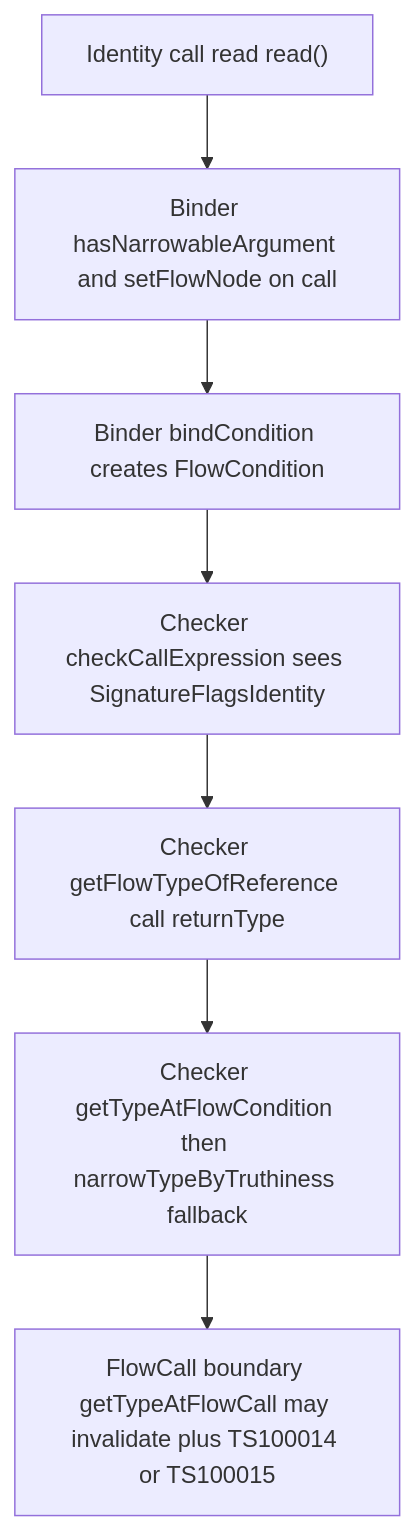
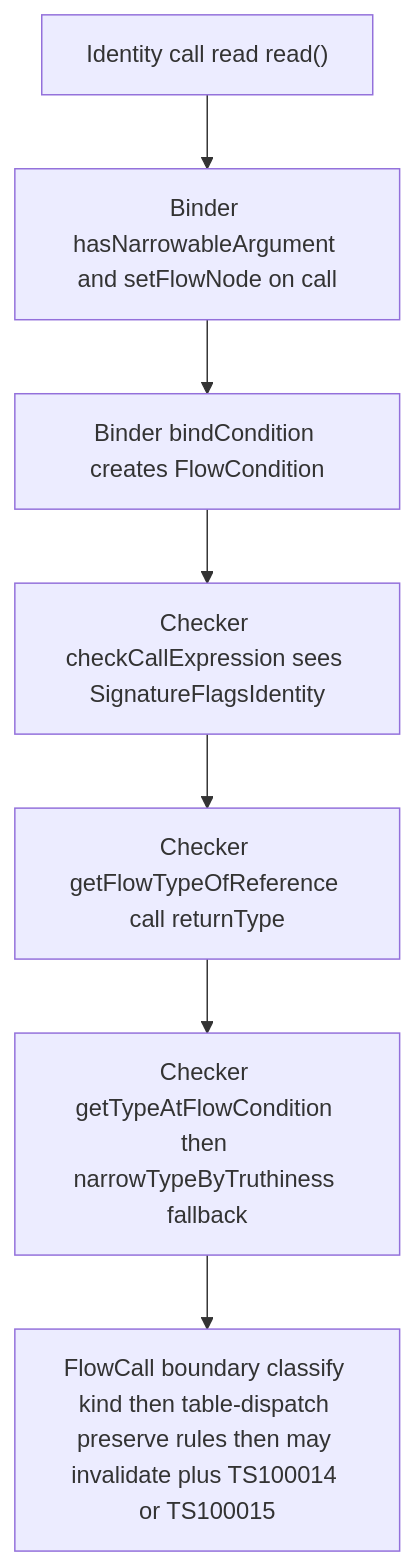
One commit to kbrilla/typescript-go changed the second of 3 diagrams in docs/identity-phase1-pr-description.md. Above: the diagram before and after it, drawn with Mermaid. The commit also changed other lines of this file and 1 other file, not shown here.

Commit message:
Phase 1: table-drive identity boundary preserve rules

````diff
--- a/docs/identity-phase1-pr-description.md
+++ b/docs/identity-phase1-pr-description.md
@@ -69,9 +69,9 @@
 ```mermaid
 flowchart TD
   I1["Identity call read read()"] --> I2["Binder hasNarrowableArgument and setFlowNode on call"]
   I2 --> I3["Binder bindCondition creates FlowCondition"]
   I3 --> I4["Checker checkCallExpression sees SignatureFlagsIdentity"]
   I4 --> I5["Checker getFlowTypeOfReference call returnType"]
   I5 --> I6["Checker getTypeAtFlowCondition then narrowTypeByTruthiness fallback"]
-  I6 --> I7["FlowCall boundary getTypeAtFlowCall may invalidate plus TS100014 or TS100015"]
+  I6 --> I7["FlowCall boundary classify kind then table-dispatch preserve rules then may invalidate plus TS100014 or TS100015"]
 ```
````
